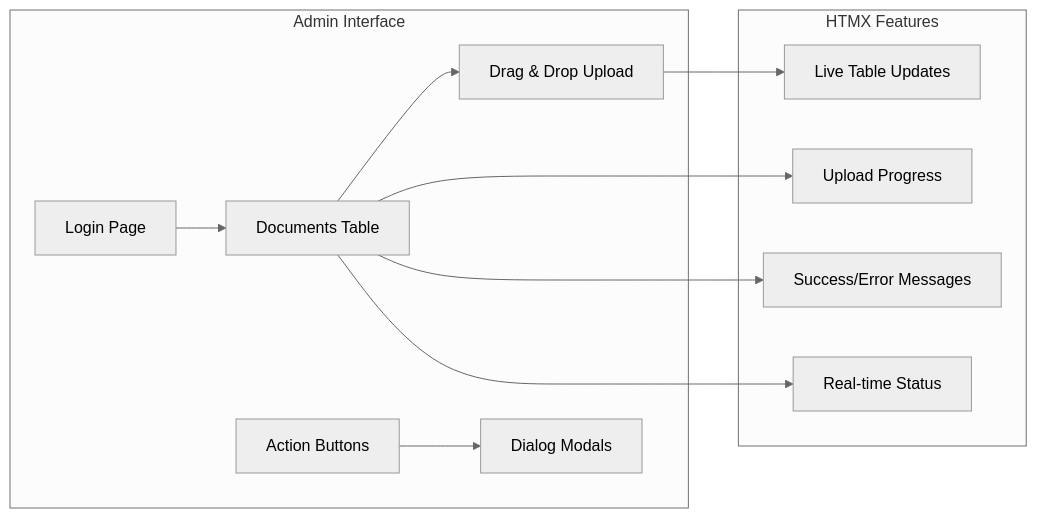
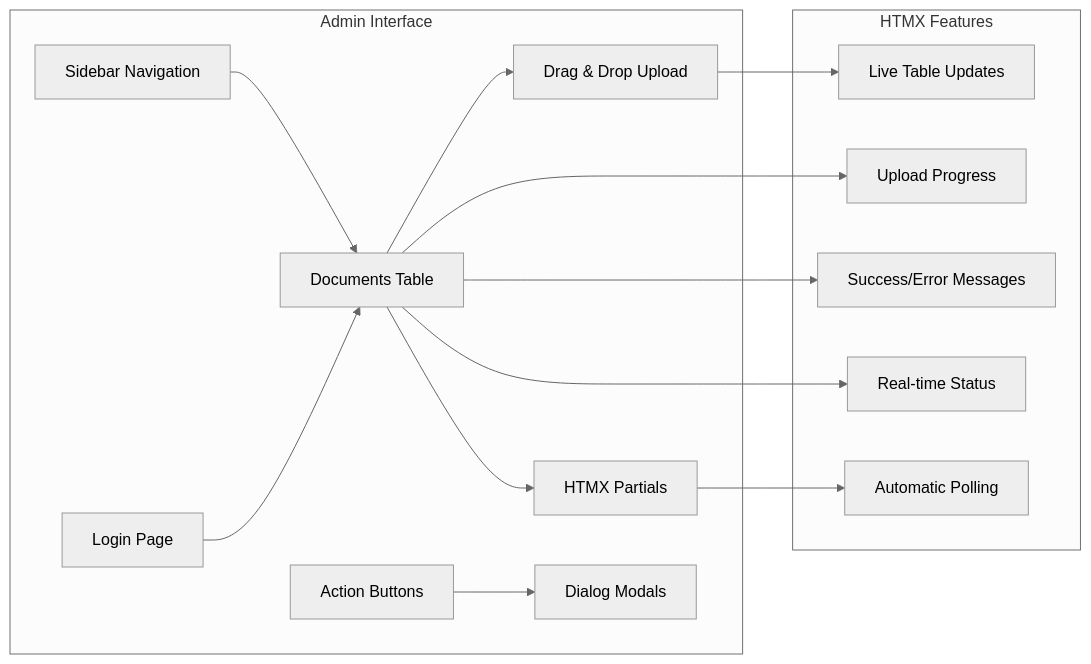
One commit to ognelis/cafetera_hr_bot changed the ninth of 13 diagrams in .qoder/repowiki/en/content/API Reference/Document Management System.md. Above: the diagram before and after it, drawn with Mermaid (neutral theme). The commit also changed other lines of this file and 5 other files, not shown here.

````diff
--- a/.qoder/repowiki/en/content/API Reference/Document Management System.md
+++ b/.qoder/repowiki/en/content/API Reference/Document Management System.md
@@ -365,23 +385,29 @@
 ```mermaid
 graph LR
 subgraph "Admin Interface"
+Sidebar[Sidebar Navigation]
 Login[Login Page]
 Documents[Documents Table]
 Upload[Drag & Drop Upload]
 Actions[Action Buttons]
 Modals[Dialog Modals]
+Partials[HTMX Partials]
 end
 subgraph "HTMX Features"
 LiveUpdates[Live Table Updates]
 Progress[Upload Progress]
 Toast[Success/Error Messages]
 Realtime[Real-time Status]
+Polling[Automatic Polling]
 end
+Sidebar --> Documents
 Login --> Documents
 Documents --> Upload
 Upload --> LiveUpdates
 Actions --> Modals
 Documents --> Progress
 Documents --> Toast
 Documents --> Realtime
+Documents --> Partials
+Partials --> Polling
 ```
````
